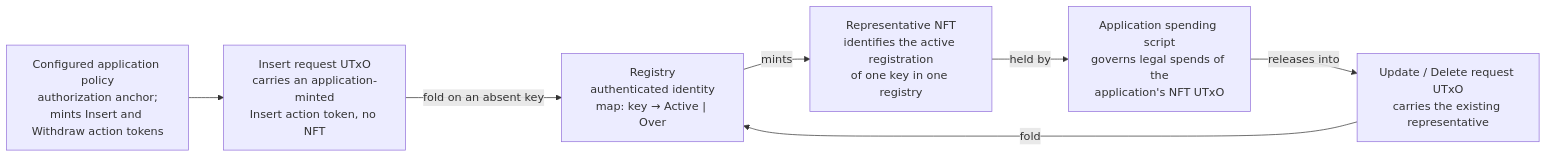
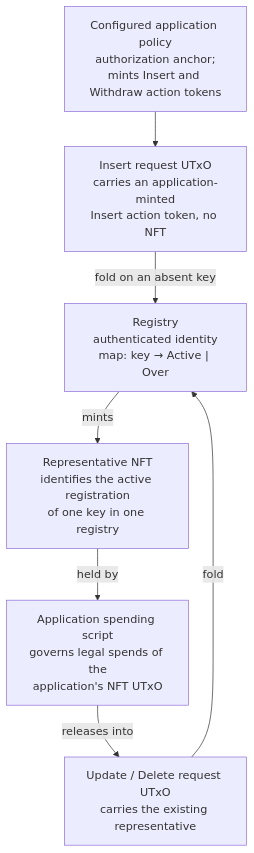
The first of 3 diagrams in specs/protocol/spec.md (lambdasistemi/singular), drawn with Mermaid before and after one commit. The commit also changed 3 other files, not shown here.

First line of the commit message:
docs: quote flowchart edge labels and reflow the tall diagrams

````diff
--- a/specs/protocol/spec.md
+++ b/specs/protocol/spec.md
@@ -11,15 +11,15 @@
 ```mermaid
-flowchart LR
+flowchart TB
   REG["Registry<br/>authenticated identity<br/>map: key → Active | Over"]
   REP["Representative NFT<br/>identifies the active registration<br/>of one key in one registry"]
   INS["Insert request UTxO<br/>carries an application-minted<br/>Insert action token, no NFT"]
   TERM["Update / Delete request UTxO<br/>carries the existing representative"]
   POL["Configured application policy<br/>authorization anchor;<br/>mints Insert and Withdraw action tokens"]
   SCR["Application spending script<br/>governs legal spends of the<br/>application's NFT UTxO"]
   POL --> INS
-  INS -->|fold on an absent key| REG
-  REG -->|mints| REP
-  REP -->|held by| SCR
-  SCR -->|releases into| TERM
-  TERM -->|fold| REG
+  INS -->|"fold on an absent key"| REG
+  REG -->|"mints"| REP
+  REP -->|"held by"| SCR
+  SCR -->|"releases into"| TERM
+  TERM -->|"fold"| REG
 ```
````
